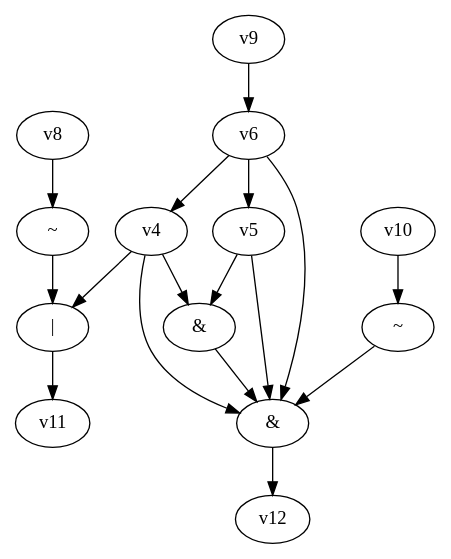
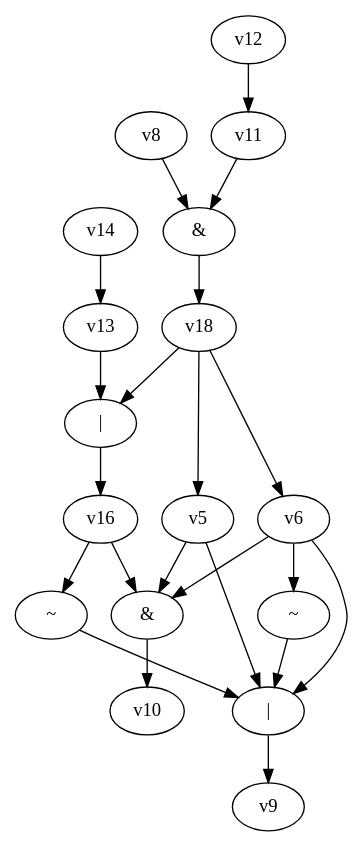
One commit to yadej/graph_project changed the diagram in dot_files/random_bool_circ.dot. Above: the diagram before and after it, drawn with Graphviz. The commit also changed 3 other files, not shown here.

```diff
--- a/dot_files/random_bool_circ.dot
+++ b/dot_files/random_bool_circ.dot
@@ -1,23 +1,27 @@
 digraph G { 
 v0 [label="|"]; 
-v1 [label="~"]; 
-v2 [label="&"]; 
-v3 [label="&"]; 
-v7 [label="~"]; 
-v0 -> v11;
-v1 -> v0;
-v2 -> v12;
-v3 -> v2;
-v4 -> v0;
-v4 -> v2;
-v4 -> v3;
-v5 -> v2;
-v5 -> v3;
-v6 -> v2;
-v6 -> v4;
-v6 -> v5;
-v7 -> v2;
-v8 -> v1;
-v9 -> v6;
-v10 -> v7;
+v1 [label="&"]; 
+v2 [label="~"]; 
+v3 [label="~"]; 
+v15 [label="|"]; 
+v17 [label="&"]; 
+v0 -> v9;
+v1 -> v10;
+v2 -> v0;
+v3 -> v0;
+v5 -> v0;
+v5 -> v1;
+v6 -> v0;
+v6 -> v1;
+v6 -> v3;
+v8 -> v17 -> v18;
+v11 -> v17;
+v12 -> v11;
+v13 -> v15 -> v16;
+v14 -> v13;
+v16 -> v1;
+v16 -> v2;
+v18 -> v5;
+v18 -> v6;
+v18 -> v15;
 }
```
